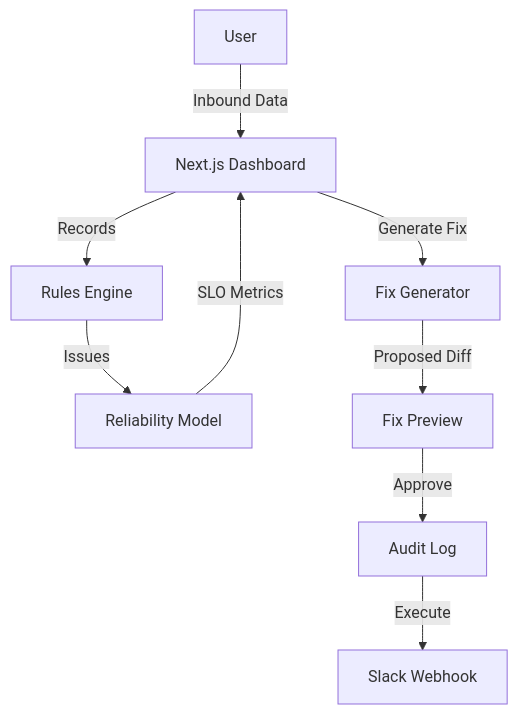
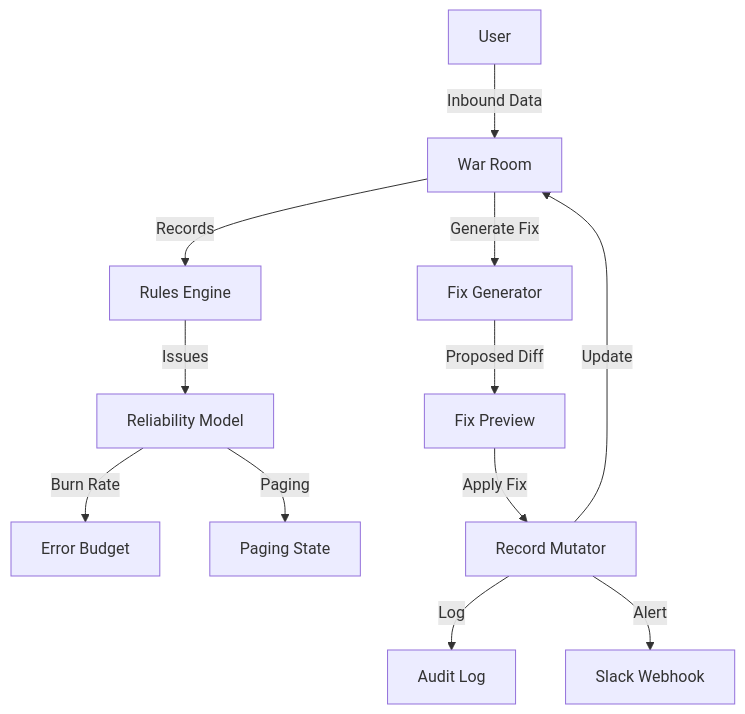
The diagram in README.md (developer-2046/Revenue-Leak-SRE), drawn with Mermaid before and after one commit. The commit also changed other lines of this file and 3 other files, not shown here.

````diff
--- a/README.md
+++ b/README.md
@@ -36,12 +46,16 @@
 ```mermaid
 graph TD
-    User -->|Inbound Data| UI[Next.js Dashboard]
+    User -->|Inbound Data| UI[War Room]
     UI -->|Records| Scanner[Rules Engine]
     Scanner -->|Issues| Reliability[Reliability Model]
-    Reliability -->|SLO Metrics| UI
+    
+    Reliability -->|Burn Rate| Budget[Error Budget]
+    Reliability -->|Paging| Alerts[Paging State]
     
     UI -->|Generate Fix| FixGen[Fix Generator]
     FixGen -->|Proposed Diff| Preview[Fix Preview]
-    Preview -->|Approve| Audit[Audit Log]
-    Audit -->|Execute| Slack[Slack Webhook]
+    Preview -->|Apply Fix| Mutator[Record Mutator]
+    Mutator -->|Update| UI
+    Mutator -->|Log| Audit[Audit Log]
+    Mutator -->|Alert| Slack[Slack Webhook]
 ```
````
